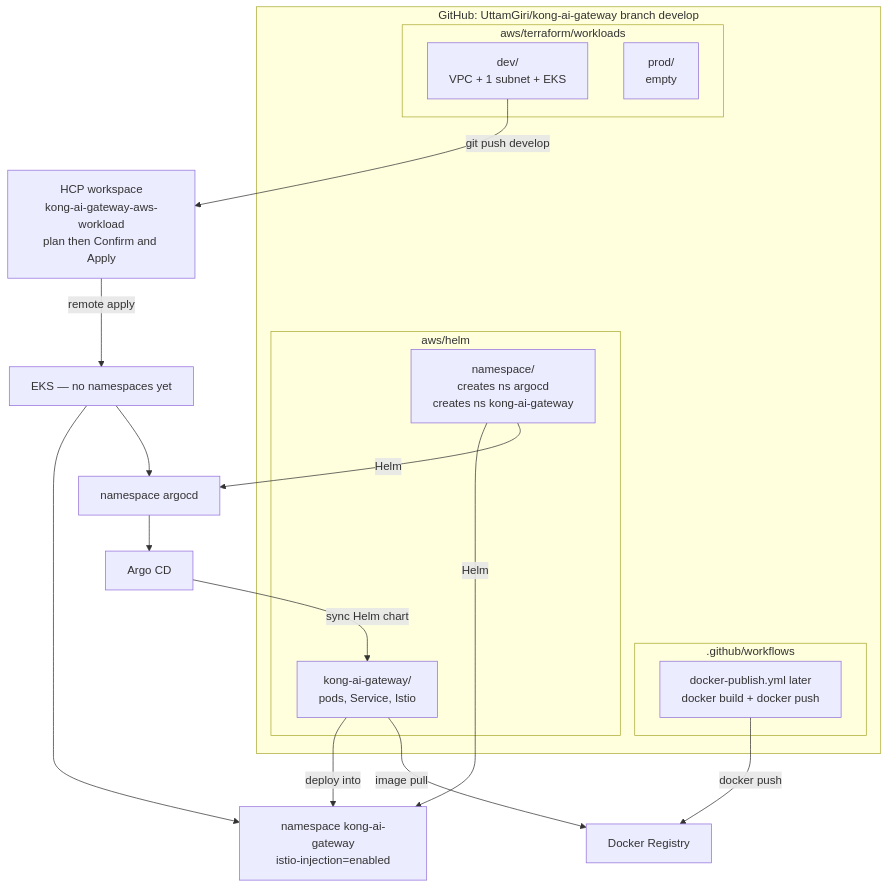
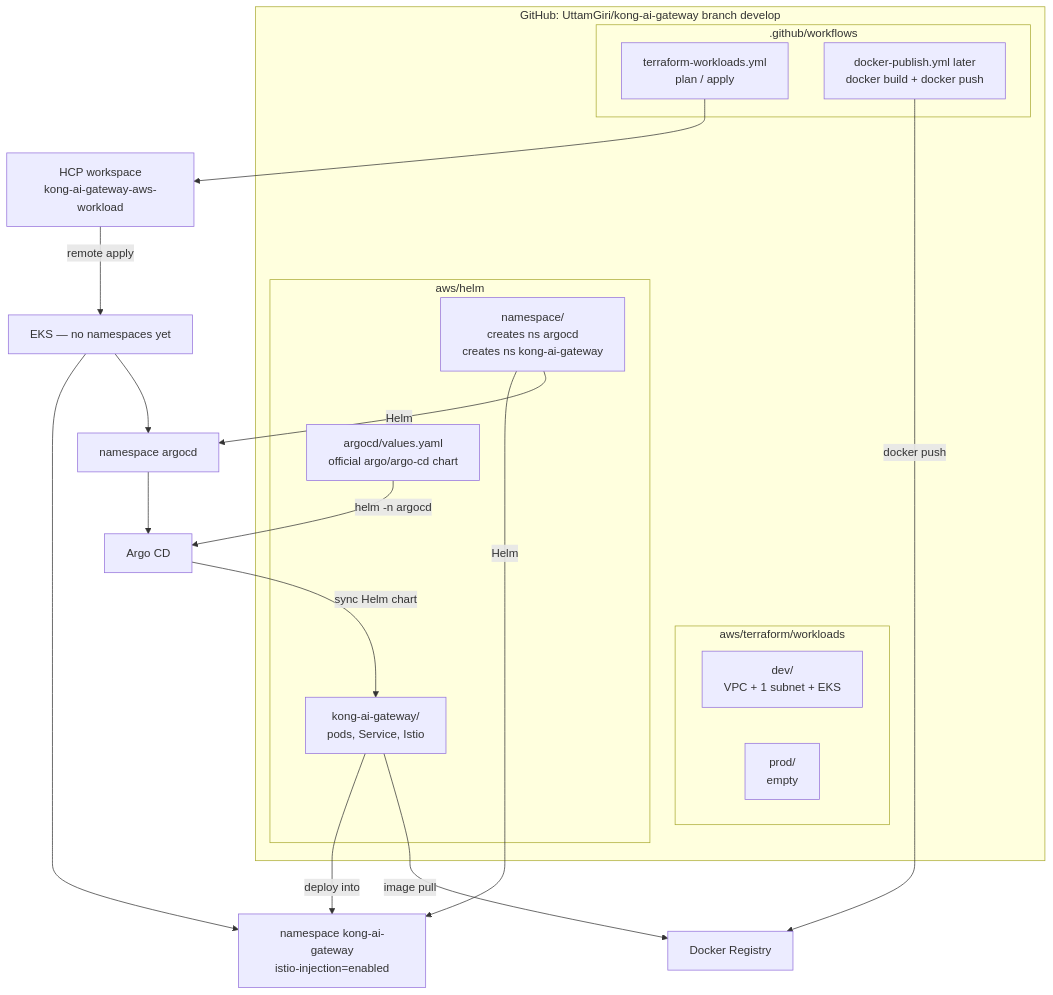
The first of 8 diagrams in aws/terraform/workloads/ARCHITECTURE.md (UttamGiri/kong-ai-gateway), drawn with Mermaid before and after one commit. The commit also changed other lines of this file and 7 other files, not shown here.

First line of the commit message:
Restore the CLI-driven Terraform workloads GitHub Action.

````diff
--- a/aws/terraform/workloads/ARCHITECTURE.md
+++ b/aws/terraform/workloads/ARCHITECTURE.md
@@ -45,30 +47,33 @@
 ```mermaid
 flowchart TB
     subgraph repo ["GitHub: UttamGiri/kong-ai-gateway  branch develop"]
         subgraph gha [".github/workflows"]
+            TF["terraform-workloads.yml<br/>plan / apply"]
             DOCKER["docker-publish.yml later<br/>docker build + docker push"]
         end
 
         subgraph tf ["aws/terraform/workloads"]
             DEV["dev/<br/>VPC + 1 subnet + EKS"]
             PROD["prod/<br/>empty"]
         end
 
         subgraph helm ["aws/helm"]
             NSCHART["namespace/<br/>creates ns argocd<br/>creates ns kong-ai-gateway"]
+            ARGOCHART["argocd/values.yaml<br/>official argo/argo-cd chart"]
             KONGCHART["kong-ai-gateway/<br/>pods, Service, Istio"]
         end
     end
 
-    DEV -->|"git push develop"| HCP["HCP workspace<br/>kong-ai-gateway-aws-workload<br/>plan then Confirm and Apply"]
+    TF --> HCP["HCP workspace<br/>kong-ai-gateway-aws-workload"]
     HCP -->|"remote apply"| EKS["EKS — no namespaces yet"]
     NSCHART -->|"Helm"| NS1["namespace argocd"]
     NSCHART -->|"Helm"| NS2["namespace kong-ai-gateway<br/>istio-injection=enabled"]
     EKS --> NS1
     EKS --> NS2
+    ARGOCHART -->|"helm -n argocd"| ARGO["Argo CD"]
+    NS1 --> ARGO
     DOCKER -->|"docker push"| REG["Docker Registry"]
     KONGCHART -->|"image pull"| REG
     KONGCHART -->|"deploy into"| NS2
-    NS1 --> ARGO["Argo CD"]
     ARGO -->|"sync Helm chart"| KONGCHART
 ```
````
